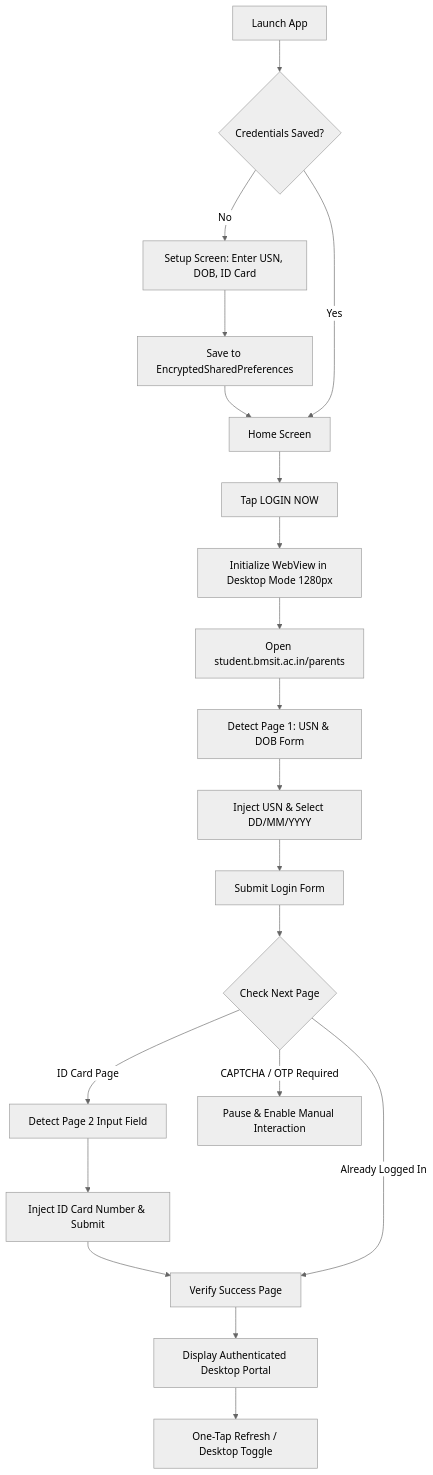
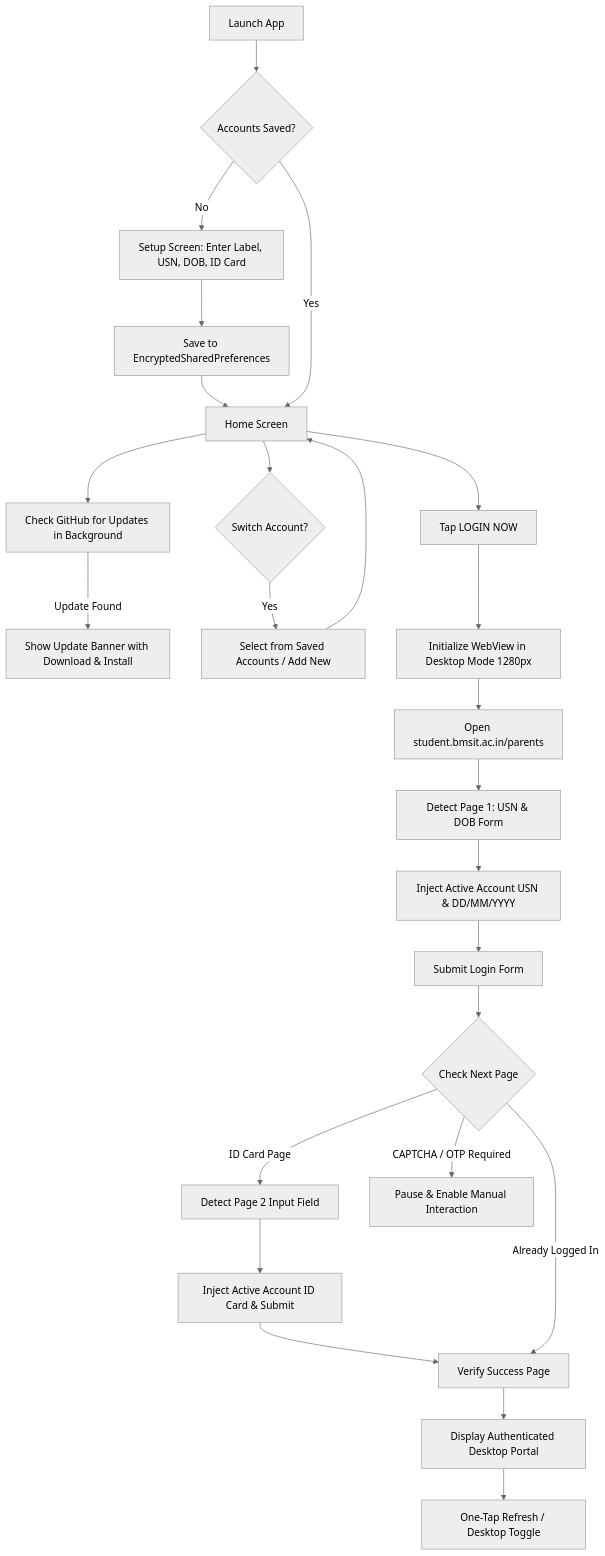
One commit to adityasing9/BMSIT-CP changed the diagram in README.md. Above: the diagram before and after it, drawn with Mermaid (neutral theme). The commit also changed other lines of this file and 13 other files, not shown here.

First line of the commit message:
feat: add multiple account login and in-app auto update feature

````diff
--- a/README.md
+++ b/README.md
@@ -100,27 +117,34 @@
 ```mermaid
 flowchart TD
-    A[Launch App] --> B{Credentials Saved?}
-    B -- No --> C[Setup Screen: Enter USN, DOB, ID Card]
+    A[Launch App] --> B{Accounts Saved?}
+    B -- No --> C[Setup Screen: Enter Label, USN, DOB, ID Card]
     C --> D[Save to EncryptedSharedPreferences]
     D --> E[Home Screen]
     B -- Yes --> E[Home Screen]
     
-    E --> F[Tap LOGIN NOW]
-    F --> G[Initialize WebView in Desktop Mode 1280px]
-    G --> H[Open student.bmsit.ac.in/parents]
+    E --> F[Check GitHub for Updates in Background]
+    F -- Update Found --> G[Show Update Banner with Download & Install]
     
-    H --> I[Detect Page 1: USN & DOB Form]
-    I --> J[Inject USN & Select DD/MM/YYYY]
-    J --> K[Submit Login Form]
+    E --> H{Switch Account?}
+    H -- Yes --> I[Select from Saved Accounts / Add New]
+    I --> E
     
-    K --> L{Check Next Page}
-    L -- ID Card Page --> M[Detect Page 2 Input Field]
-    M --> N[Inject ID Card Number & Submit]
-    N --> O[Verify Success Page]
+    E --> J[Tap LOGIN NOW]
+    J --> K[Initialize WebView in Desktop Mode 1280px]
+    K --> L[Open student.bmsit.ac.in/parents]
     
-    L -- Already Logged In --> O[Verify Success Page]
-    L -- CAPTCHA / OTP Required --> P[Pause & Enable Manual Interaction]
+    L --> M[Detect Page 1: USN & DOB Form]
+    M --> N[Inject Active Account USN & DD/MM/YYYY]
+    N --> O[Submit Login Form]
     
-    O --> Q[Display Authenticated Desktop Portal]
-    Q --> R[One-Tap Refresh / Desktop Toggle]
+    O --> P{Check Next Page}
+    P -- ID Card Page --> Q[Detect Page 2 Input Field]
+    Q --> R[Inject Active Account ID Card & Submit]
+    R --> S[Verify Success Page]
+    
+    P -- Already Logged In --> S[Verify Success Page]
+    P -- CAPTCHA / OTP Required --> T[Pause & Enable Manual Interaction]
+    
+    S --> U[Display Authenticated Desktop Portal]
+    U --> V[One-Tap Refresh / Desktop Toggle]
 ```
````
